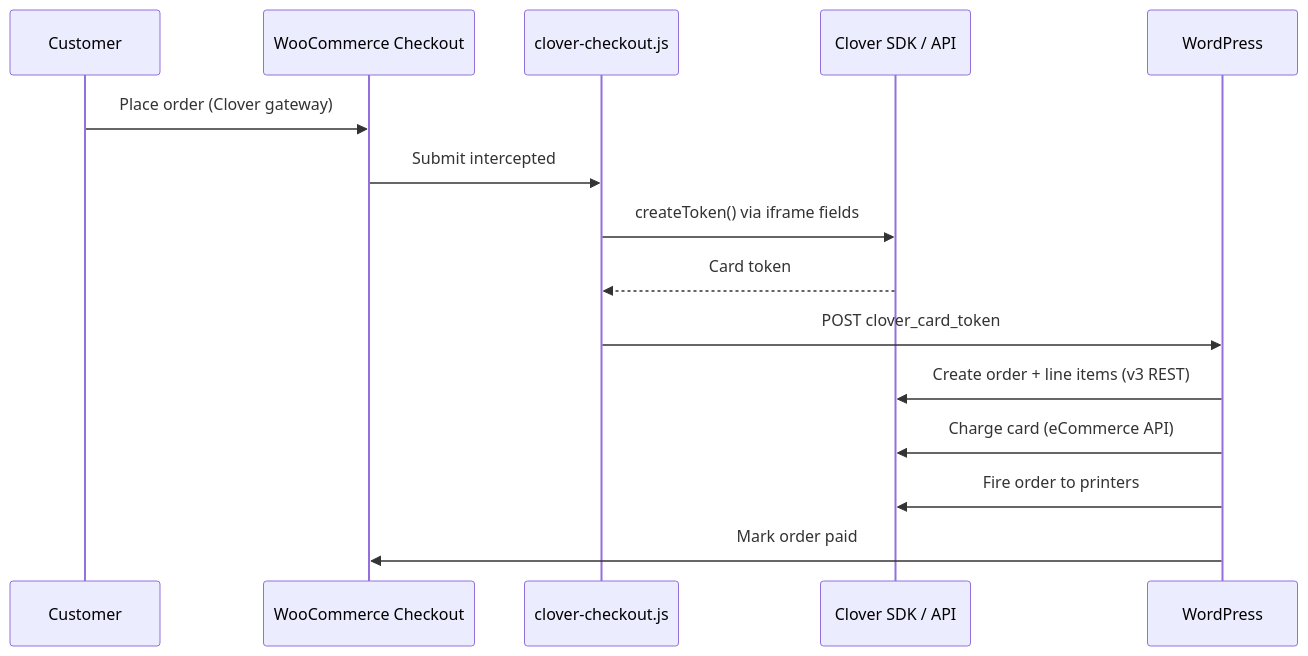
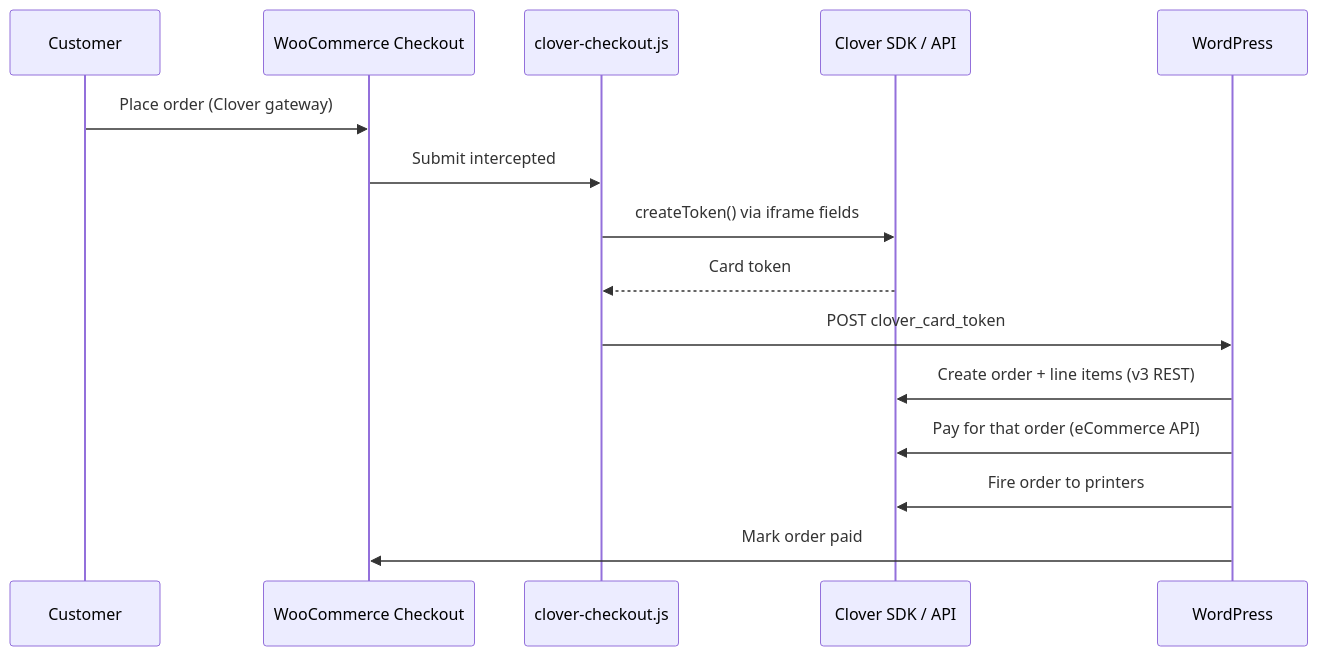
The diagram in README.md (codewithmutahir/Clover-payments-gateway), drawn with Mermaid before and after one commit. The commit also changed other lines of this file and 6 other files, not shown here.

````diff
--- a/README.md
+++ b/README.md
@@ -167,18 +167,18 @@
 ```mermaid
 sequenceDiagram
     participant Customer
     participant WC as WooCommerce Checkout
     participant JS as clover-checkout.js
     participant Clover as Clover SDK / API
     participant Store as WordPress
 
     Customer->>WC: Place order (Clover gateway)
     WC->>JS: Submit intercepted
     JS->>Clover: createToken() via iframe fields
     Clover-->>JS: Card token
     JS->>Store: POST clover_card_token
     Store->>Clover: Create order + line items (v3 REST)
-    Store->>Clover: Charge card (eCommerce API)
+    Store->>Clover: Pay for that order (eCommerce API)
     Store->>Clover: Fire order to printers
     Store->>WC: Mark order paid
 ```
````
